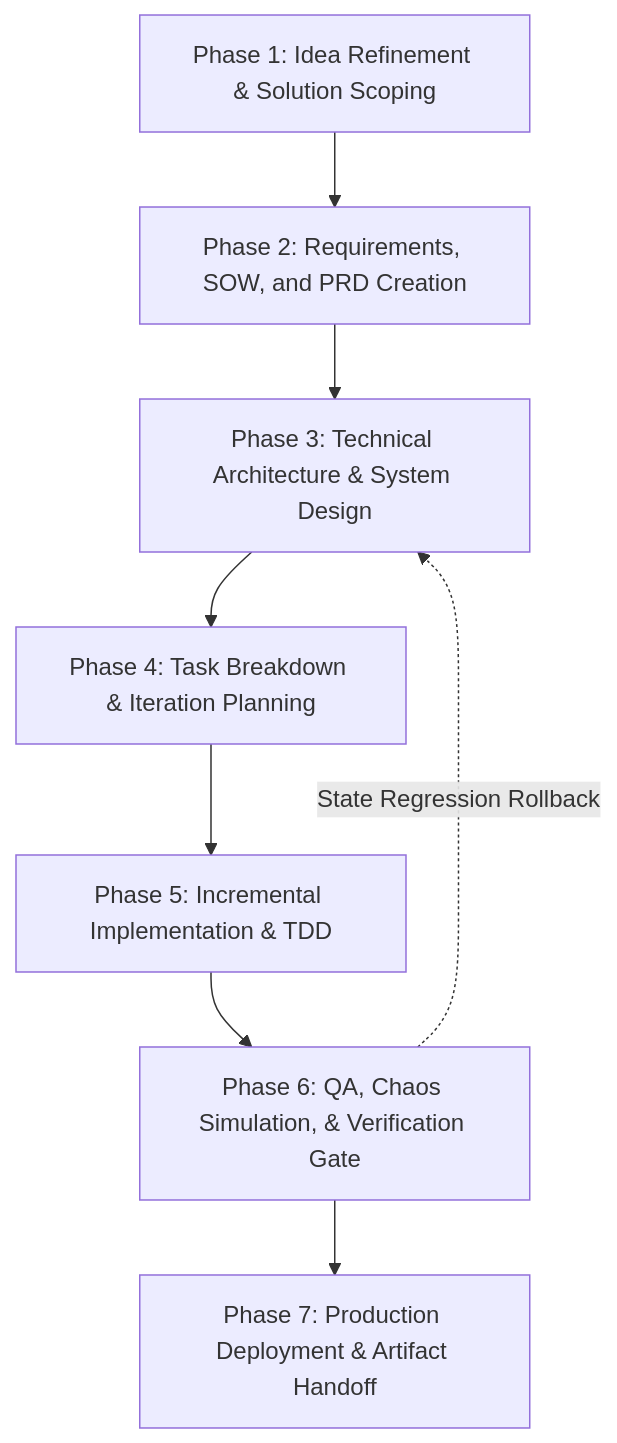
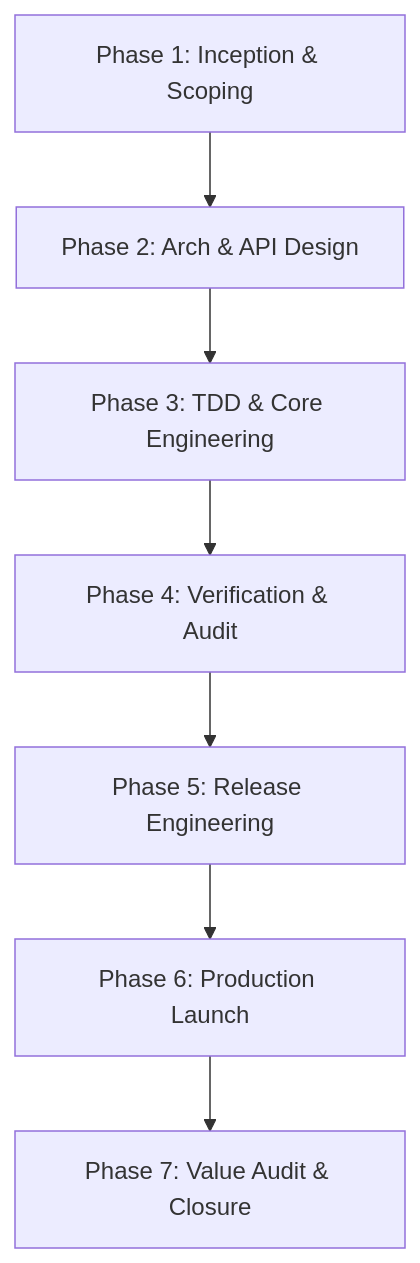
The diagram in docs/e2e-delivery-workflow.md (enriquekalven/delta-skills), drawn with Mermaid before and after one commit. The commit also changed other lines of this file and 4 other files, not shown here.

````diff
--- a/docs/e2e-delivery-workflow.md
+++ b/docs/e2e-delivery-workflow.md
@@ -26,11 +11,9 @@
 ```mermaid
 graph TD
-    A["Phase 1: Idea Refinement & Solution Scoping"] --> B["Phase 2: Requirements, SOW, and PRD Creation"]
-    B --> C["Phase 3: Technical Architecture & System Design"]
-    C --> D["Phase 4: Task Breakdown & Iteration Planning"]
-    D --> E["Phase 5: Incremental Implementation & TDD"]
-    E --> F["Phase 6: QA, Chaos Simulation, & Verification Gate"]
-    F --> G["Phase 7: Production Deployment & Artifact Handoff"]
-
-    F -. "State Regression Rollback" .-> C
+    P1["Phase 1: Inception & Scoping"] --> P2["Phase 2: Arch & API Design"]
+    P2 --> P3["Phase 3: TDD & Core Engineering"]
+    P3 --> P4["Phase 4: Verification & Audit"]
+    P4 --> P5["Phase 5: Release Engineering"]
+    P5 --> P6["Phase 6: Production Launch"]
+    P6 --> P7["Phase 7: Value Audit & Closure"]
 ```
````
